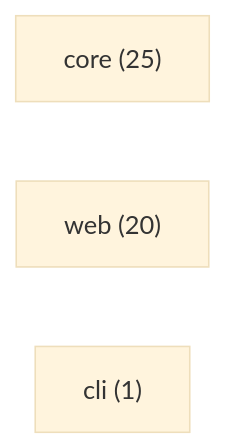
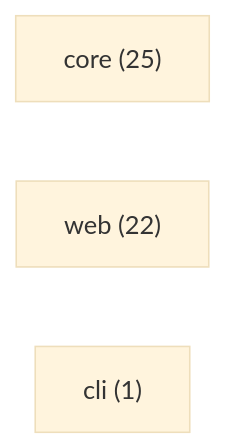
One commit to Conalh/repo-brief changed the diagram in REPO_BRIEF.md. Above: the diagram before and after it, drawn with Mermaid (base theme). The commit also changed other lines of this file and 14 other files, not shown here.

````diff
--- a/REPO_BRIEF.md
+++ b/REPO_BRIEF.md
@@ -26,6 +26,6 @@
 ```mermaid
 graph LR
   n0["core (25)"]
-  n1["web (20)"]
+  n1["web (22)"]
   n2["cli (1)"]
 ```
````
